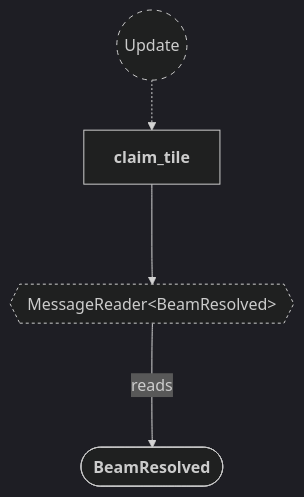
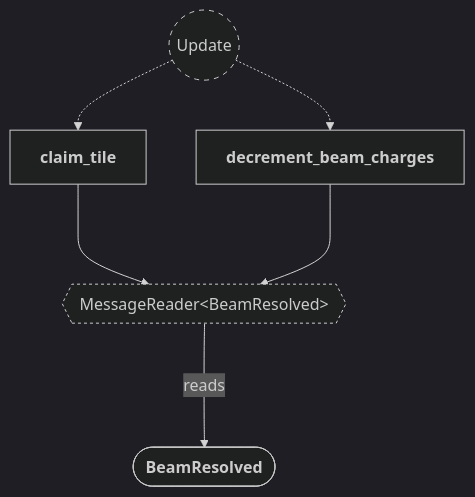
Before and after one commit to neurosoup/tyled: the second of 12 diagrams in backlog/docs/doc-7 - 006-Beam-plugin.md, drawn with Mermaid. The commit also changed other lines of this file and 4 other files, not shown here.

Commit message:
Animations: rename systems and update docs for BeamChargesChanged removal

````diff
--- a/backlog/docs/doc-7 - 006-Beam-plugin.md
+++ b/backlog/docs/doc-7 - 006-Beam-plugin.md
@@ -104,22 +112,25 @@
 ```mermaid
 ---
 config:
   theme: dark
 ---
 
 flowchart TD
 classDef system-group stroke-dasharray: 5 5
 classDef reader stroke-dasharray: 3 3
 
 update(("`Update`")):::system-group
 claim_tile["`**claim_tile**`"]
+decrement_beam_charges["`**decrement_beam_charges**`"]
 
 update -.-> claim_tile
+update -.-> decrement_beam_charges
 
 message_reader{{"MessageReader#60;BeamResolved#62;"}}:::reader
 claim_tile ---> message_reader
+decrement_beam_charges ---> message_reader
 
 beam_resolved_message(["`**BeamResolved**`"])
 
 message_reader ---> |reads| beam_resolved_message
 ```
````
